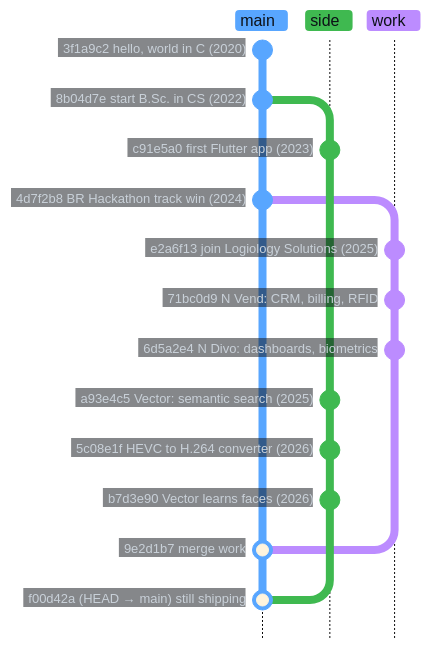
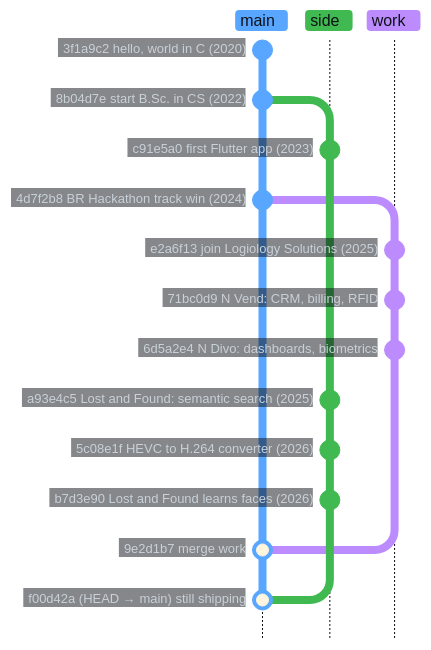
The diagram in README.md (Raseelp/Raseelp), drawn with Mermaid before and after one commit. The commit also changed other lines of this file, not shown here.

````diff
--- a/README.md
+++ b/README.md
@@ -48,21 +48,21 @@
 ```mermaid
 %%{init: {'theme': 'base', 'themeCSS': '.branch {stroke-width:2px !important;} .commit {r:5px;} .arrow {stroke-width:2px !important;} .commit-highlight-outer, .commit-highlight-inner {r:5px;}', 'themeVariables': {'git0': '#58A6FF', 'git1': '#3FB950', 'git2': '#BC8CFF', 'gitBranchLabel0': '#0D1117', 'gitBranchLabel1': '#0D1117', 'gitBranchLabel2': '#0D1117', 'commitLabelColor': '#C9D1D9', 'commitLabelBackground': '#0D1117', 'commitLabelFontSize': '13px', 'fontFamily': 'monospace'}, 'gitGraph': {'mainBranchName': 'main', 'rotateCommitLabel': false}}}%%
 gitGraph TB:
   commit id: "3f1a9c2 hello, world in C (2020)"
   commit id: "8b04d7e start B.Sc. in CS (2022)"
   branch side
   commit id: "c91e5a0 first Flutter app (2023)"
   checkout main
   commit id: "4d7f2b8 BR Hackathon track win (2024)"
   branch work
   commit id: "e2a6f13 join Logiology Solutions (2025)"
   commit id: "71bc0d9 N Vend: CRM, billing, RFID"
   commit id: "6d5a2e4 N Divo: dashboards, biometrics"
   checkout side
-  commit id: "a93e4c5 Vector: semantic search (2025)"
+  commit id: "a93e4c5 Lost and Found: semantic search (2025)"
   commit id: "5c08e1f HEVC to H.264 converter (2026)"
-  commit id: "b7d3e90 Vector learns faces (2026)"
+  commit id: "b7d3e90 Lost and Found learns faces (2026)"
   checkout main
   merge work id: "9e2d1b7 merge work"
   merge side id: "f00d42a (HEAD → main) still shipping"
 ```
````
